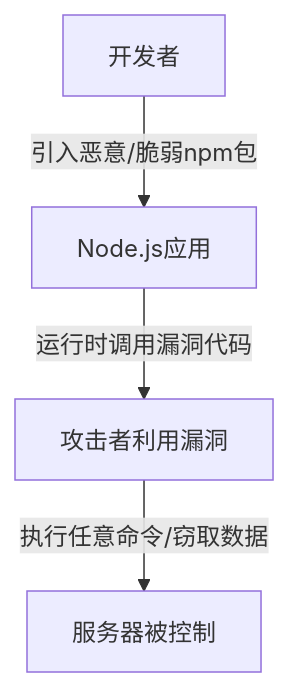
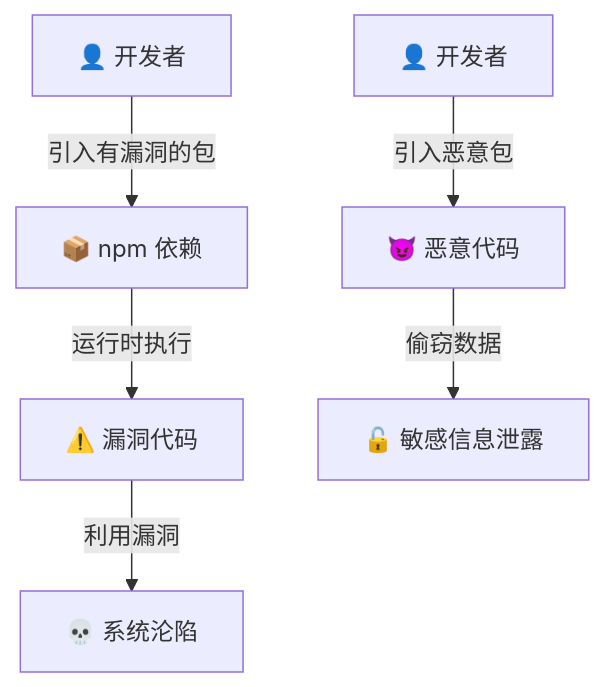
The eighth of 14 diagrams in articles/zh/nodejs-security-guide.mdx (zhangshichuan/maxzhang.site), drawn with Mermaid before and after one commit. The commit also changed other lines of this file and 1 other file, not shown here.

````diff
--- a/articles/zh/nodejs-security-guide.mdx
+++ b/articles/zh/nodejs-security-guide.mdx
@@ -239,6 +839,9 @@
 ```mermaid
 flowchart TD
-    A[开发者] -->|引入恶意/脆弱npm包| B[Node.js应用]
-    B -->|运行时调用漏洞代码| C[攻击者利用漏洞]
-    C -->|执行任意命令/窃取数据| D[服务器被控制]
+    A[👤 开发者] -->|引入有漏洞的包| B[📦 npm 依赖]
+    B -->|运行时执行| C[⚠️ 漏洞代码]
+    C -->|利用漏洞| D[💀 系统沦陷]
+
+    A2[👤 开发者] -->|引入恶意包| E[😈 恶意代码]
+    E -->|偷窃数据| F[🔓 敏感信息泄露]
 ```
````
